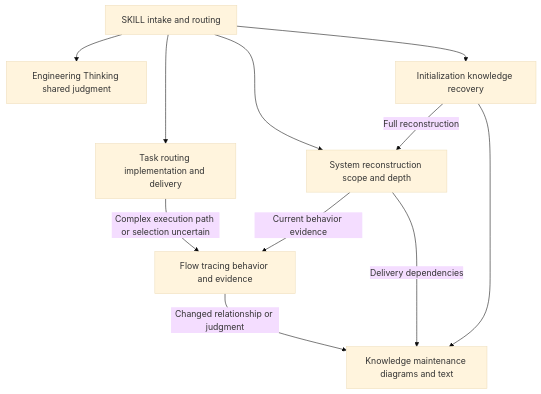
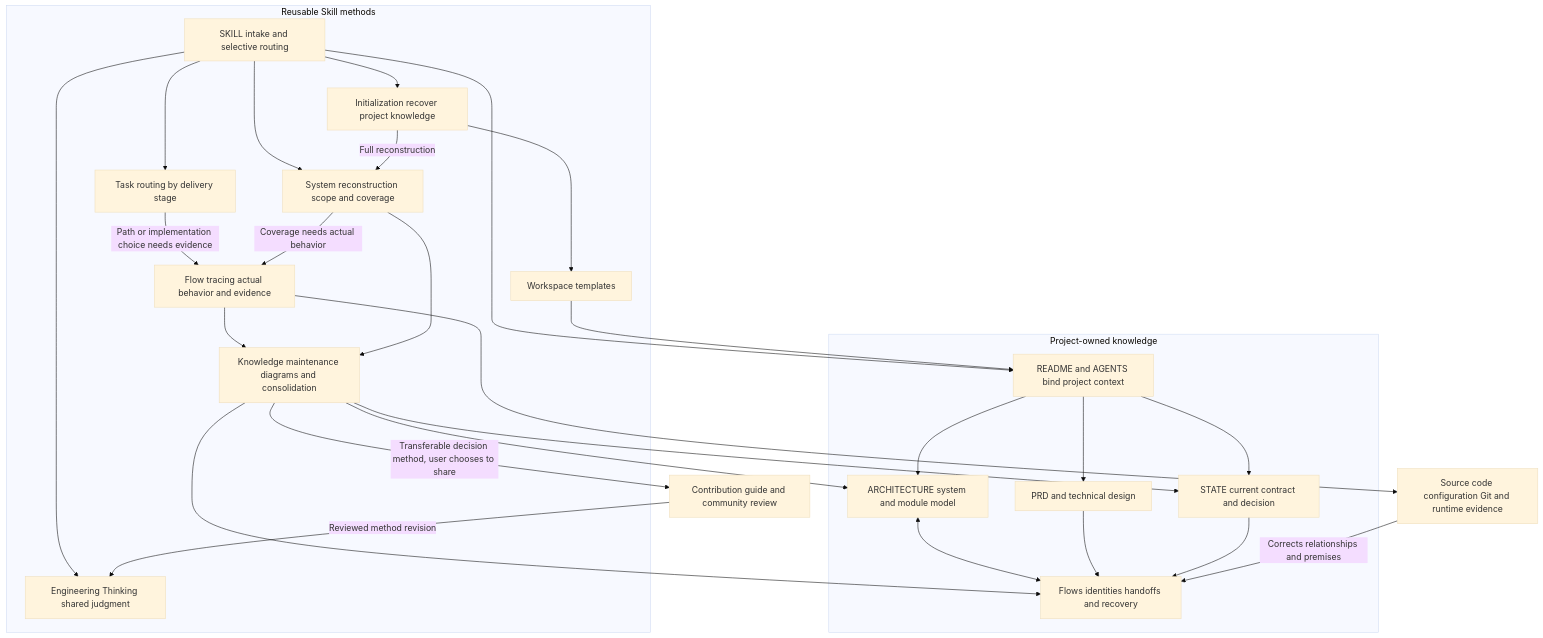
The first of 3 diagrams in README.md (jiale-li-orion/arch-thinking-skill), drawn with Mermaid (base theme) before and after one commit. The commit also changed other lines of this file and 1 other file, not shown here.

Commit message:
Restore complete skill and workspace architecture diagram

````diff
--- a/README.md
+++ b/README.md
@@ -93,13 +93,47 @@
 ```mermaid
 flowchart TB
-    SK[SKILL intake and routing] --> TH[Engineering Thinking shared judgment]
-    SK --> RT[Task routing implementation and delivery]
-    SK --> SR[System reconstruction scope and depth]
-    SK --> IN[Initialization knowledge recovery]
-    RT -->|Complex execution path or selection uncertain| TR[Flow tracing behavior and evidence]
-    SR -->|Current behavior evidence| TR
+    subgraph Method[Reusable Skill methods]
+        SK[SKILL intake and selective routing]
+        TH[Engineering Thinking shared judgment]
+        RT[Task routing by delivery stage]
+        SR[System reconstruction scope and coverage]
+        TR[Flow tracing actual behavior and evidence]
+        IN[Initialization recover project knowledge]
+        KM[Knowledge maintenance diagrams and consolidation]
+        TM[Workspace templates]
+    end
+    subgraph Workspace[Project-owned knowledge]
+        EN[README and AGENTS bind project context]
+        AR[ARCHITECTURE system and module model]
+        ST[STATE current contract and decision]
+        DT[PRD and technical design]
+        FL[Flows identities handoffs and recovery]
+    end
+    EV[Source code configuration Git and runtime evidence]
+    CO[Contribution guide and community review]
+
+    SK --> TH
+    SK --> RT
+    SK --> SR
+    SK --> IN
+    SK --> EN
+    RT -->|Path or implementation choice needs evidence| TR
+    SR -->|Coverage needs actual behavior| TR
+    IN --> TM --> EN
     IN -->|Full reconstruction| SR
-    SR -->|Delivery dependencies| KM[Knowledge maintenance diagrams and text]
-    TR -->|Changed relationship or judgment| KM
-    IN --> KM
+    EN --> AR
+    EN --> ST
+    EN --> DT
+    AR <--> FL
+    DT --> FL
+    ST --> FL
+    TR --> EV
+    EV -->|Corrects relationships and premises| FL
+    TR --> KM
+    SR --> KM
+    KM --> AR
+    KM --> ST
+    KM --> FL
+    KM -->|Transferable decision method, user chooses to share| CO
+    CO -->|Reviewed method revision| TH
 ```
````
